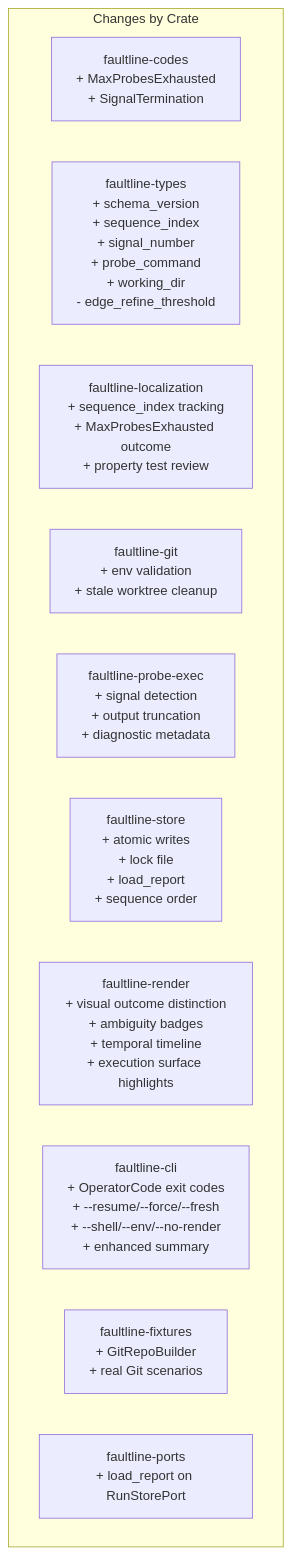
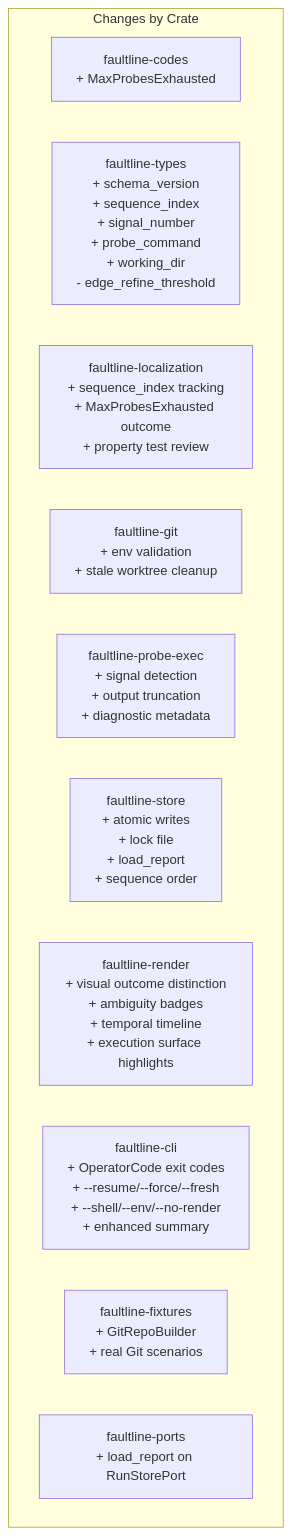
Before and after one commit to EffortlessMetrics/faultline-rs: the diagram in .kiro/specs/v01-hardening/design.md, drawn with Mermaid. The commit also changed other lines of this file and 2 other files, not shown here.

````diff
--- a/.kiro/specs/v01-hardening/design.md
+++ b/.kiro/specs/v01-hardening/design.md
@@ -26,15 +26,15 @@
 ```mermaid
 graph TD
     subgraph "Changes by Crate"
-        Codes["faultline-codes<br/>+ MaxProbesExhausted<br/>+ SignalTermination"]
+        Codes["faultline-codes<br/>+ MaxProbesExhausted"]
         Types["faultline-types<br/>+ schema_version<br/>+ sequence_index<br/>+ signal_number<br/>+ probe_command<br/>+ working_dir<br/>- edge_refine_threshold"]
         Loc["faultline-localization<br/>+ sequence_index tracking<br/>+ MaxProbesExhausted outcome<br/>+ property test review"]
         Git["faultline-git<br/>+ env validation<br/>+ stale worktree cleanup"]
         Probe["faultline-probe-exec<br/>+ signal detection<br/>+ output truncation<br/>+ diagnostic metadata"]
         Store["faultline-store<br/>+ atomic writes<br/>+ lock file<br/>+ load_report<br/>+ sequence order"]
         Render["faultline-render<br/>+ visual outcome distinction<br/>+ ambiguity badges<br/>+ temporal timeline<br/>+ execution surface highlights"]
         CLI["faultline-cli<br/>+ OperatorCode exit codes<br/>+ --resume/--force/--fresh<br/>+ --shell/--env/--no-render<br/>+ enhanced summary"]
         Fixtures["faultline-fixtures<br/>+ GitRepoBuilder<br/>+ real Git scenarios"]
         Ports["faultline-ports<br/>+ load_report on RunStorePort"]
     end
 ```
````
